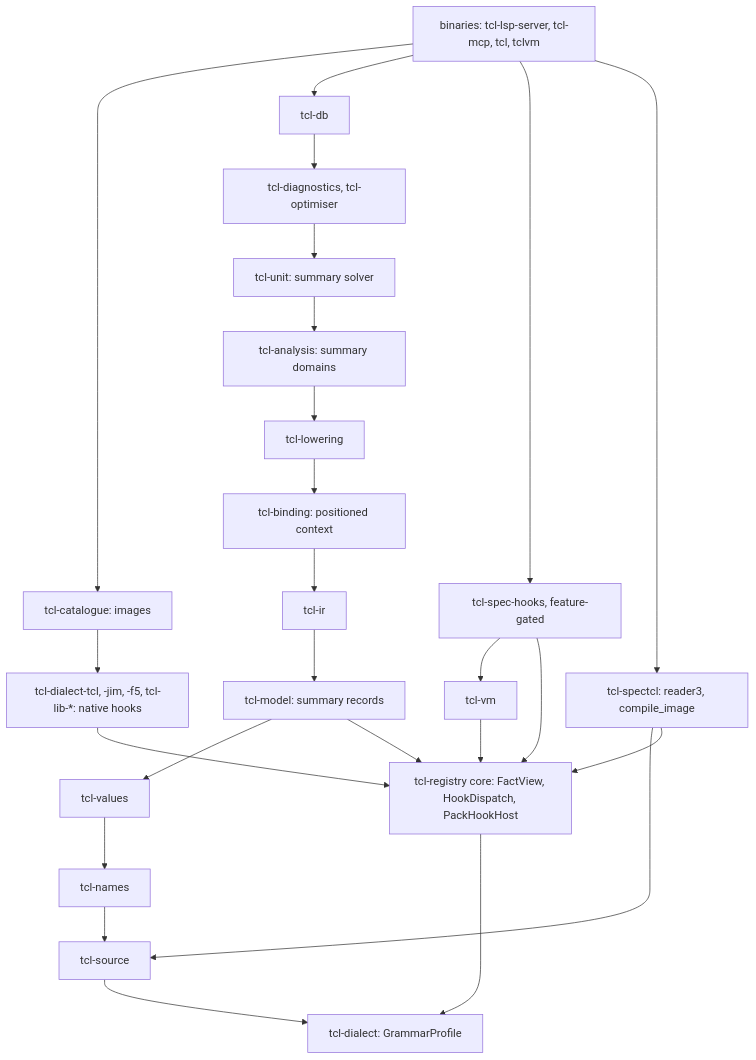
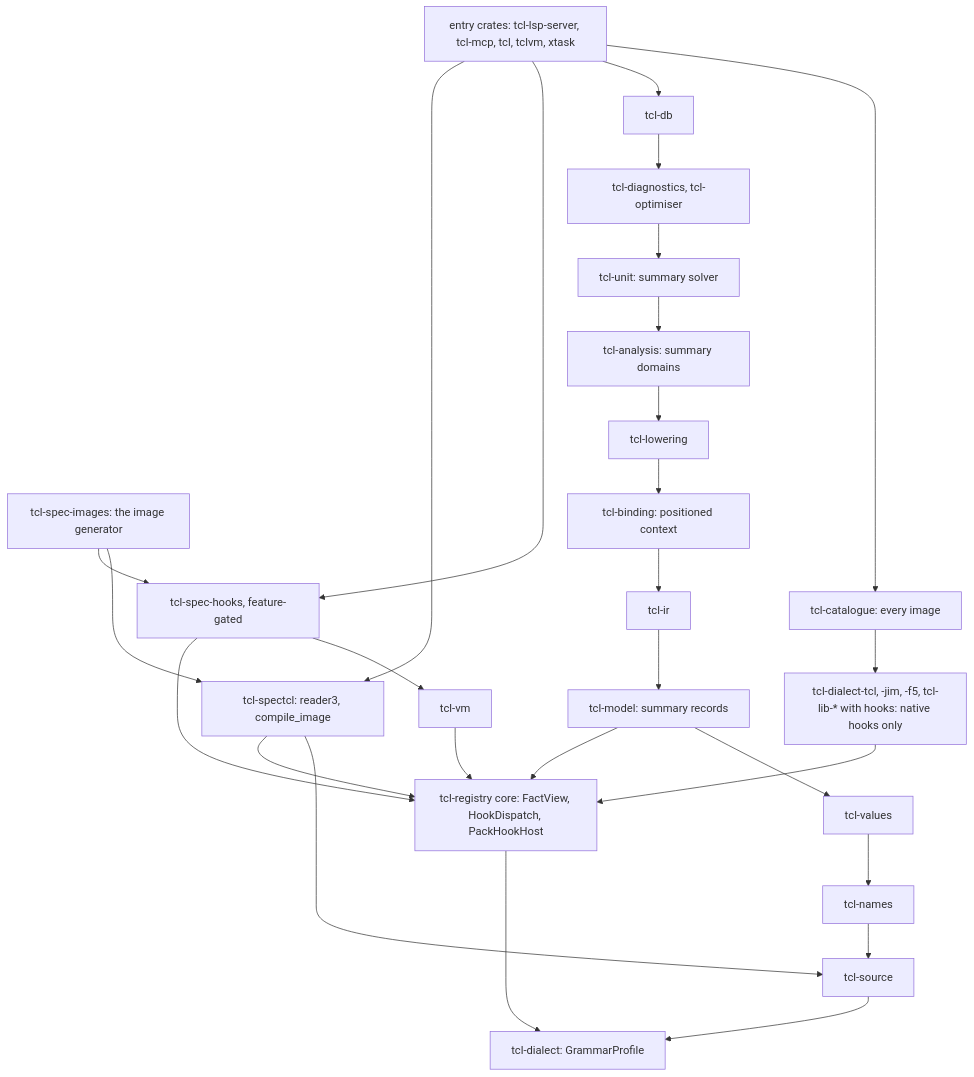
The sixth of 6 diagrams in docs/design/compiler/compiler-analyser-spectcl-integration.md (bitwisecook/tcl-lsp), drawn with Mermaid before and after one commit. The commit also changed other lines of this file and 17 other files, not shown here.

````diff
--- a/docs/design/compiler/compiler-analyser-spectcl-integration.md
+++ b/docs/design/compiler/compiler-analyser-spectcl-integration.md
@@ -541,27 +687,29 @@
 ```mermaid
 flowchart TB
-  entry["binaries: tcl-lsp-server, tcl-mcp, tcl, tclvm"] --> catalogue["tcl-catalogue: images"]
+  entry["entry crates: tcl-lsp-server, tcl-mcp, tcl, tclvm, xtask"] --> catalogue["tcl-catalogue: every image"]
   entry --> db["tcl-db"]
   entry --> hooksRun["tcl-spec-hooks, feature-gated"]
   entry --> loader["tcl-spectcl: reader3, compile_image"]
-  catalogue --> surfaces["tcl-dialect-tcl, -jim, -f5, tcl-lib-*: native hooks"]
+  gen["tcl-spec-images: the image generator"] --> loader
+  gen --> hooksRun
+  catalogue --> surfaces["tcl-dialect-tcl, -jim, -f5, tcl-lib-* with hooks: native hooks only"]
   hooksRun --> vm["tcl-vm"]
   db --> diag["tcl-diagnostics, tcl-optimiser"]
   diag --> unit["tcl-unit: summary solver"]
   unit --> analysis["tcl-analysis: summary domains"]
   analysis --> lowering["tcl-lowering"]
   lowering --> binding["tcl-binding: positioned context"]
   binding --> ir["tcl-ir"]
   ir --> model["tcl-model: summary records"]
   model --> values["tcl-values"]
   values --> names["tcl-names"]
   names --> source["tcl-source"]
   loader --> source
   loader --> core["tcl-registry core: FactView, HookDispatch, PackHookHost"]
   model --> core
   surfaces --> core
   vm --> core
   hooksRun --> core
   core --> dialect["tcl-dialect: GrammarProfile"]
   source --> dialect
 ```
````
